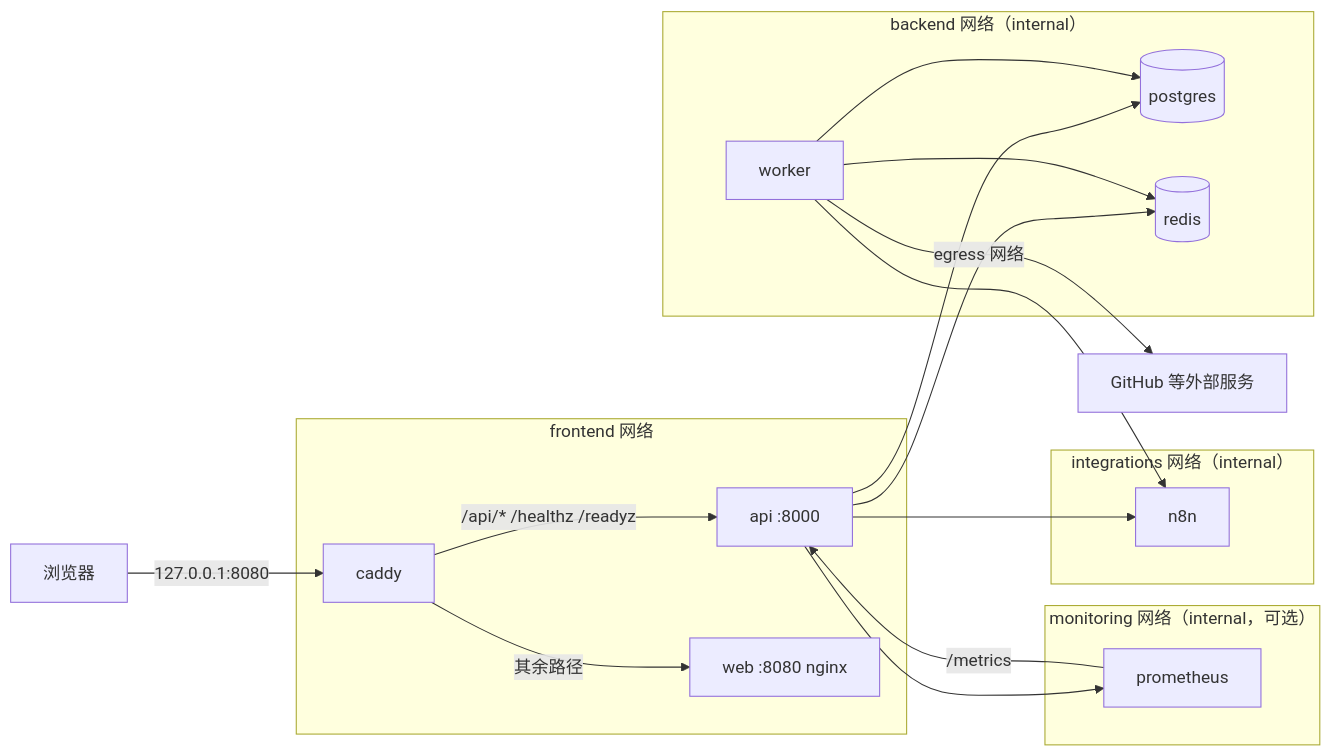
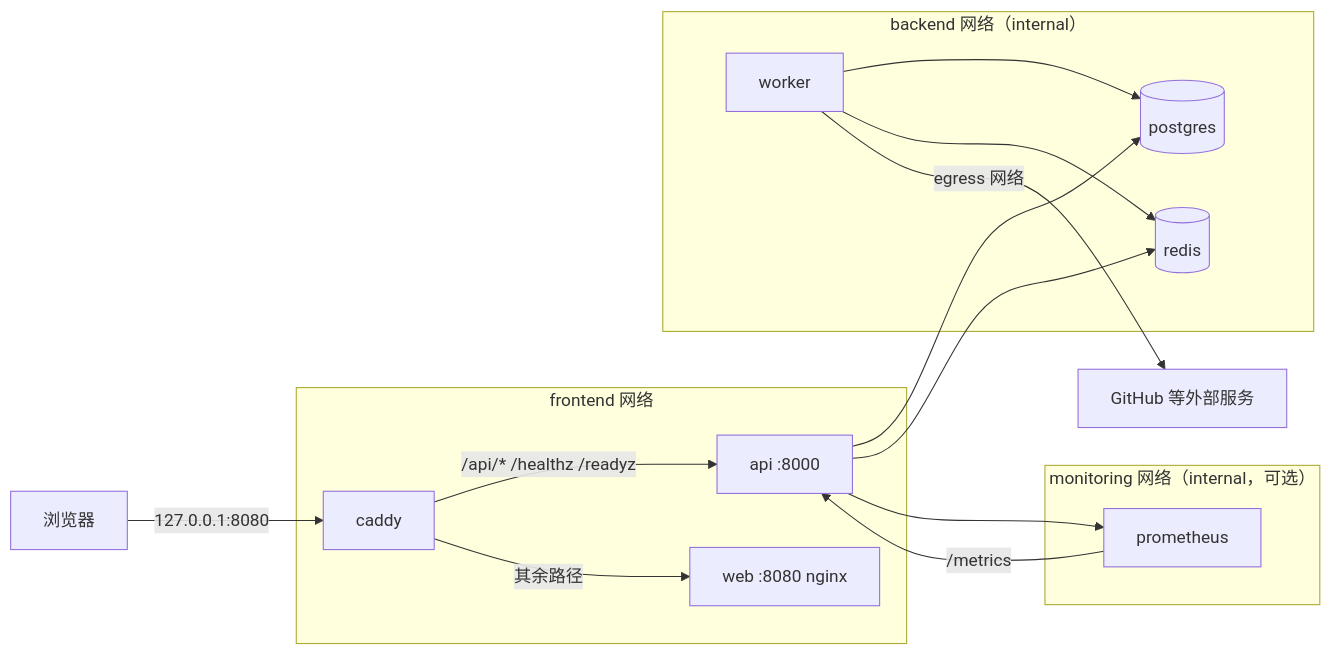
Before and after one commit to brianabc121/WorkspaceCore: the first of 2 diagrams in docs/architecture.md, drawn with Mermaid. The commit also changed other lines of this file and 118 other files, not shown here.

````diff
--- a/docs/architecture.md
+++ b/docs/architecture.md
@@ -52,23 +52,19 @@
 ```mermaid
 flowchart LR
     U[浏览器] -->|127.0.0.1:8080| C[caddy]
     subgraph frontend[frontend 网络]
         C -->|/api/* /healthz /readyz| A[api :8000]
         C -->|其余路径| W[web :8080 nginx]
     end
     subgraph backend[backend 网络（internal）]
         A --> P[(postgres)]
         A --> R[(redis)]
         K[worker] --> P
         K --> R
     end
-    subgraph integrations[integrations 网络（internal）]
-        A --> N[n8n]
-        K --> N
-    end
     subgraph monitoring[monitoring 网络（internal，可选）]
         PR[prometheus] -->|/metrics| A
         A --> PR
     end
     K -->|egress 网络| G[GitHub 等外部服务]
 ```
````
